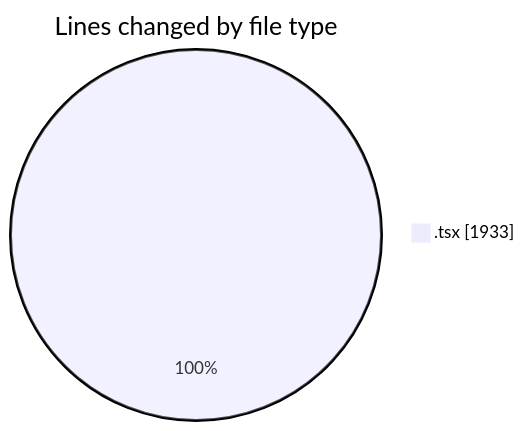
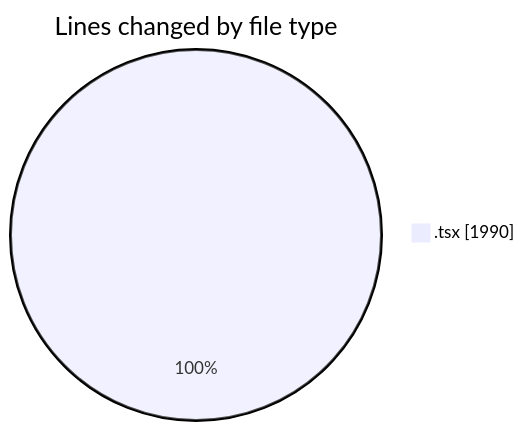
One commit to nxtqubesakshisongat/code-tracking changed the first of 2 diagrams in 2026-06-10/nxtqube_webapp/README.md. Above: the diagram before and after it, drawn with Mermaid. The commit also changed other lines of this file and 1 other file, not shown here.

````diff
--- a/2026-06-10/nxtqube_webapp/README.md
+++ b/2026-06-10/nxtqube_webapp/README.md
@@ -21,5 +21,5 @@
 ```mermaid
 pie showData
 title Lines changed by file type
-".tsx" : 1933
+".tsx" : 1990
 ```
````
